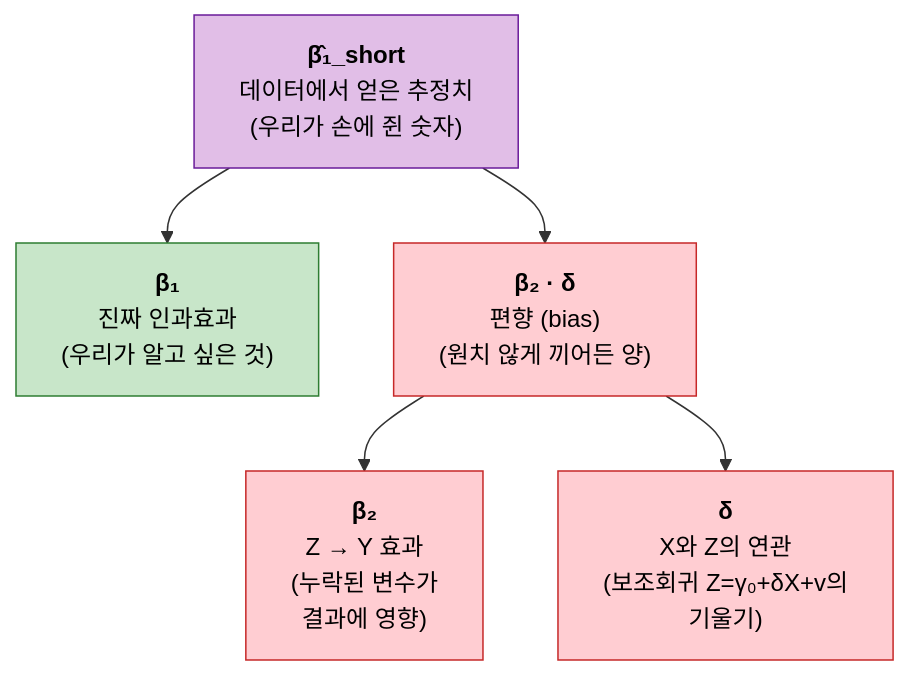
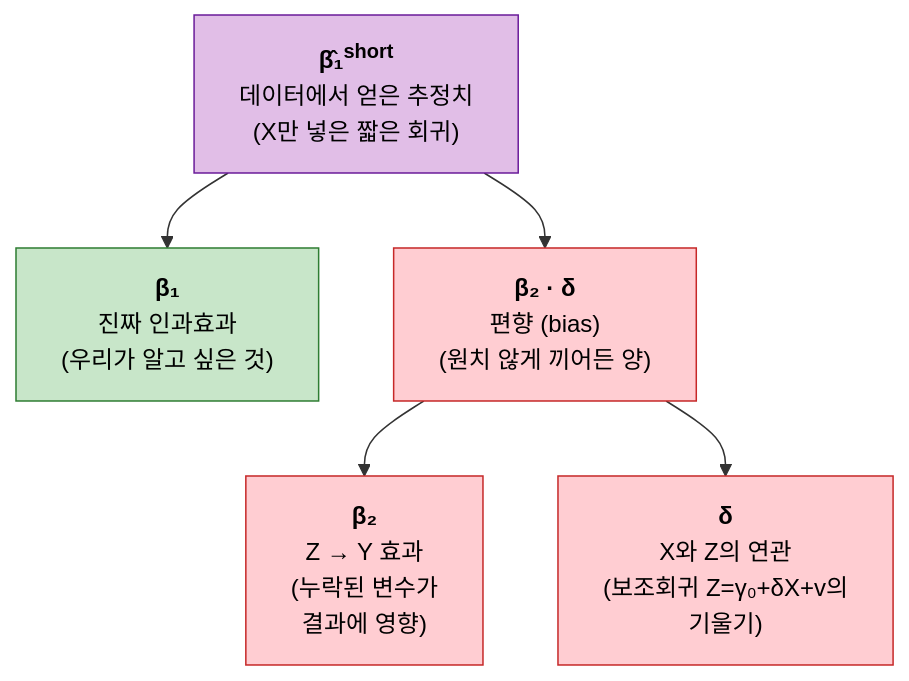
Before and after one commit to minvv23/sogang-soc-advanced-data-analysis-ii: the second of 11 diagrams in 20260508.md, drawn with Mermaid. The commit also changed 1 other file, not shown here.

Commit message:
Fix β̂₁^short rendering in OVB decomposition flowchart
mermaid 노드의 _short 가 raw underscore로 찍혀 깨지는 문제를 HTML <sup> 태그로 위첨자 처리하여 해결.

````diff
--- a/20260508.md
+++ b/20260508.md
@@ -81,14 +81,14 @@
 ```mermaid
 flowchart TD
-    A["<b>β̂₁_short</b><br/>데이터에서 얻은 추정치<br/>(우리가 손에 쥔 숫자)"] --> B["<b>β₁</b><br/>진짜 인과효과<br/>(우리가 알고 싶은 것)"]
+    A["<b>β̂₁<sup>short</sup></b><br/>데이터에서 얻은 추정치<br/>(X만 넣은 짧은 회귀)"] --> B["<b>β₁</b><br/>진짜 인과효과<br/>(우리가 알고 싶은 것)"]
     A --> C["<b>β₂ · δ</b><br/>편향 (bias)<br/>(원치 않게 끼어든 양)"]
     C --> D["<b>β₂</b><br/>Z → Y 효과<br/>(누락된 변수가<br/>결과에 영향)"]
     C --> E["<b>δ</b><br/>X와 Z의 연관<br/>(보조회귀 Z=γ₀+δX+v의<br/>기울기)"]
 
     classDef good fill:#c8e6c9,stroke:#2e7d32,color:#000
     classDef bad fill:#ffcdd2,stroke:#c62828,color:#000
     classDef neutral fill:#e1bee7,stroke:#6a1b9a,color:#000
     class B good
     class C,D,E bad
     class A neutral
 ```
````
